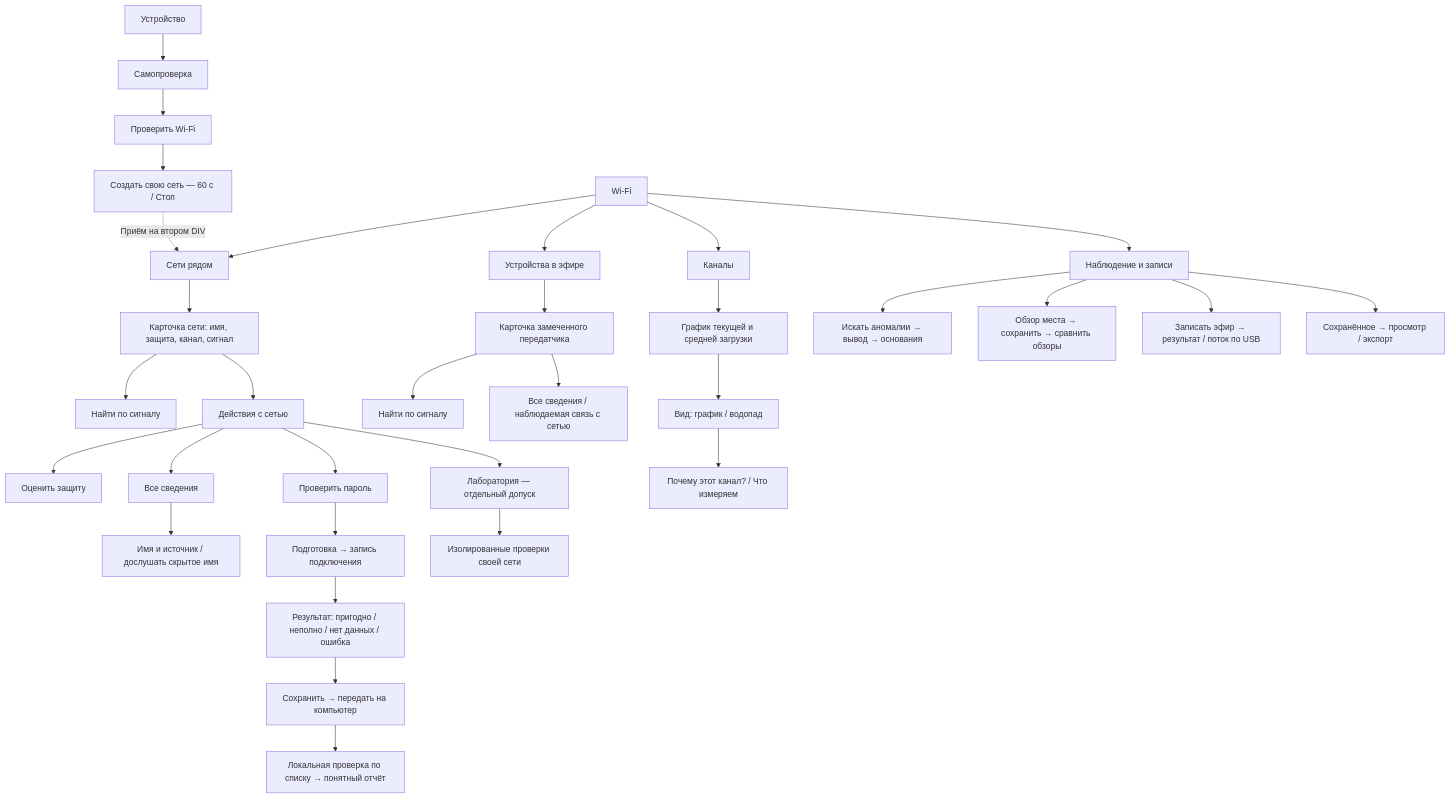
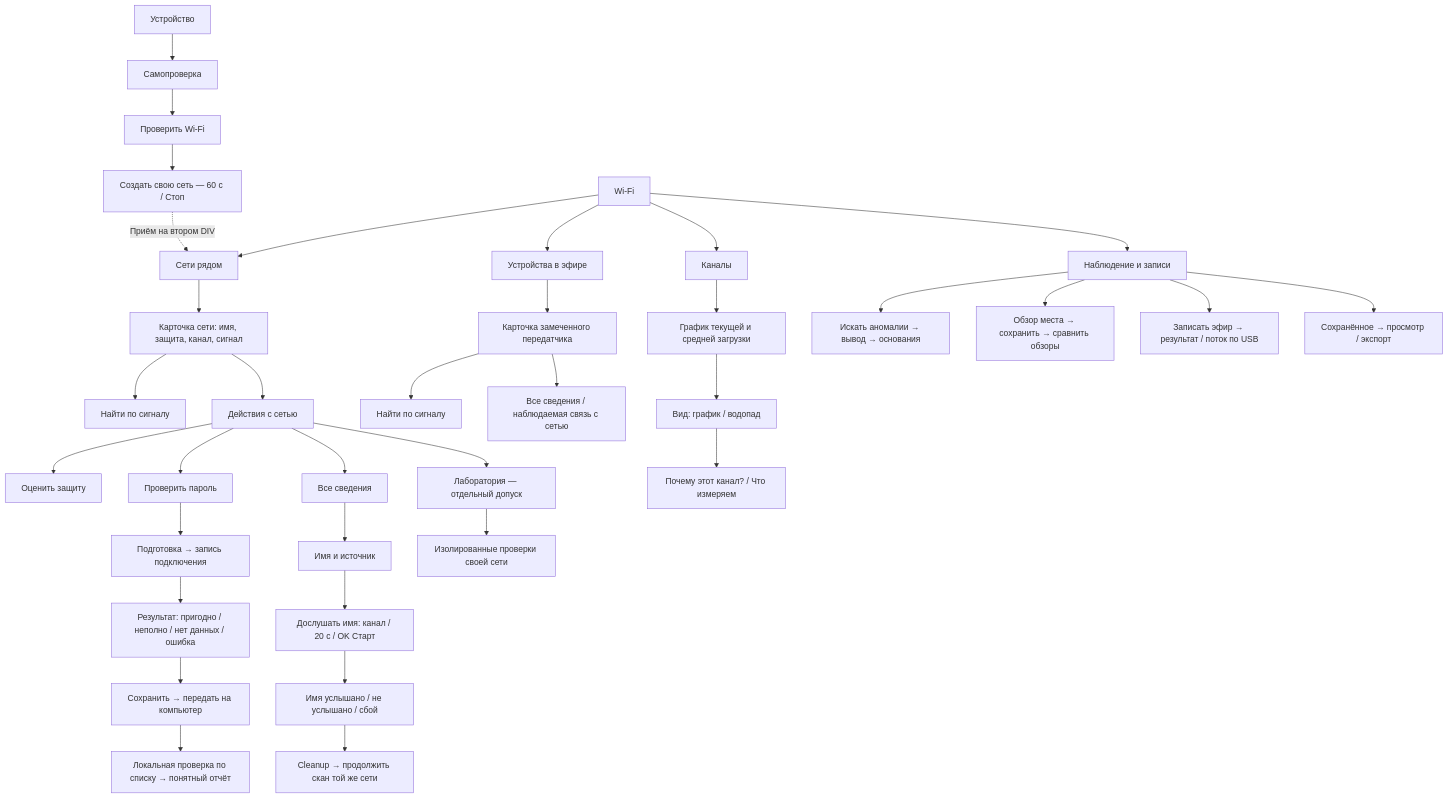
The diagram in docs/v1/WIFI_UX_MAP.ru.md (anton-vinogradov/esp32-leshy), drawn with Mermaid before and after one commit. The commit also changed other lines of this file and 16 other files, not shown here.

````diff
--- a/docs/v1/WIFI_UX_MAP.ru.md
+++ b/docs/v1/WIFI_UX_MAP.ru.md
@@ -58,33 +67,36 @@
 ```mermaid
 flowchart TD
     DEV["Устройство"] --> SELF["Самопроверка"] --> TEST["Проверить Wi-Fi"]
     TEST --> START["Создать свою сеть — 60 с / Стоп"]
     START -. "Приём на втором DIV" .-> N
     W["Wi-Fi"] --> N["Сети рядом"]
     W --> D["Устройства в эфире"]
     W --> C["Каналы"]
     W --> O["Наблюдение и записи"]
     N --> NC["Карточка сети: имя, защита, канал, сигнал"]
     NC --> NR["Найти по сигналу"]
     NC --> A["Действия с сетью"]
     A --> S["Оценить защиту"]
     A --> P["Проверить пароль"]
     A --> F["Все сведения"]
     A --> L["Лаборатория — отдельный допуск"]
-    F --> H["Имя и источник / дослушать скрытое имя"]
+    F --> H["Имя и источник"]
+    H --> NL["Дослушать имя: канал / 20 с / OK Старт"]
+    NL --> NE["Имя услышано / не услышано / сбой"]
+    NE --> NS["Cleanup → продолжить скан той же сети"]
     P --> PR["Подготовка → запись подключения"]
     PR --> R["Результат: пригодно / неполно / нет данных / ошибка"]
     R --> X["Сохранить → передать на компьютер"]
     X --> PC["Локальная проверка по списку → понятный отчёт"]
     D --> DC["Карточка замеченного передатчика"]
     DC --> DR["Найти по сигналу"]
     DC --> DF["Все сведения / наблюдаемая связь с сетью"]
     C --> G["График текущей и средней загрузки"]
     G --> V["Вид: график / водопад"]
     V --> WHY["Почему этот канал? / Что измеряем"]
     O --> AN["Искать аномалии → вывод → основания"]
     O --> SU["Обзор места → сохранить → сравнить обзоры"]
     O --> CAP["Записать эфир → результат / поток по USB"]
     O --> LIB["Сохранённое → просмотр / экспорт"]
     L --> LAB["Изолированные проверки своей сети"]
 ```
````
